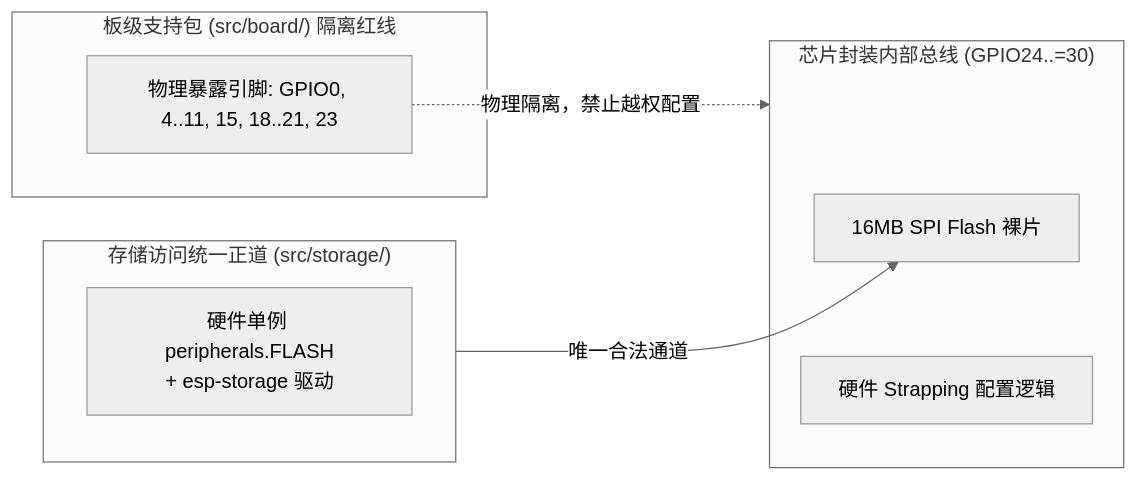
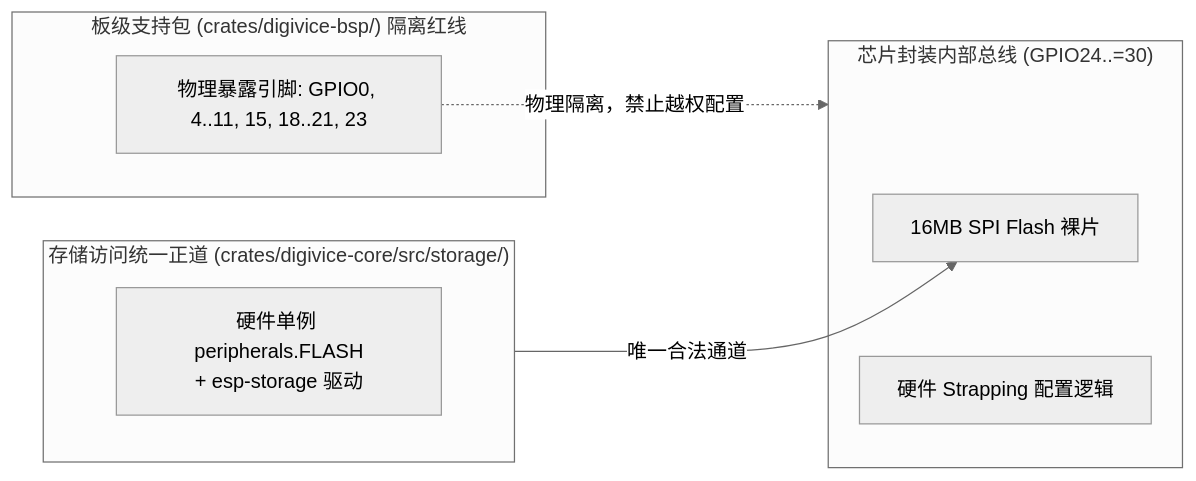
One commit to onenewcode/digivice changed the fourth of 4 diagrams in docs/architecture/01-hardware-and-bsp.md. Above: the diagram before and after it, drawn with Mermaid (neutral theme). The commit also changed other lines of this file and 179 other files, not shown here.

````diff
--- a/docs/architecture/01-hardware-and-bsp.md
+++ b/docs/architecture/01-hardware-and-bsp.md
@@ -147,18 +219,18 @@
 ```mermaid
 flowchart LR
     subgraph ChipInternal["芯片封装内部总线 (GPIO24..=30)"]
         FLASH_HW["16MB SPI Flash 裸片"]
         STRAP["硬件 Strapping 配置逻辑"]
     end
 
-    subgraph BSP_Boundary["板级支持包 (src/board/) 隔离红线"]
+    subgraph BSP_Boundary["板级支持包 (crates/digivice-bsp/) 隔离红线"]
         SAFE_GPIO["物理暴露引脚: GPIO0, 4..11, 15, 18..21, 23"]
     end
 
-    subgraph StorageModule["存储访问统一正道 (src/storage/)"]
+    subgraph StorageModule["存储访问统一正道 (crates/digivice-core/src/storage/)"]
         STORAGE_CTRL["硬件单例 peripherals.FLASH\n+ esp-storage 驱动"]
     end
 
     SAFE_GPIO -.->|物理隔离，禁止越权配置| ChipInternal
     StorageModule -->|唯一合法通道| FLASH_HW
 ```
````
